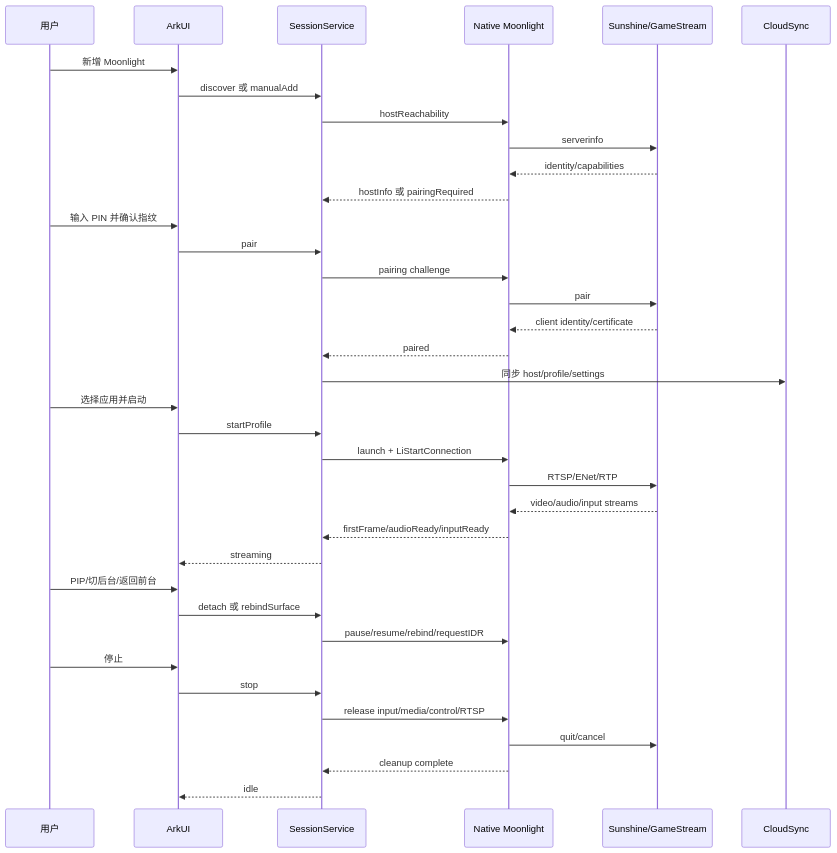
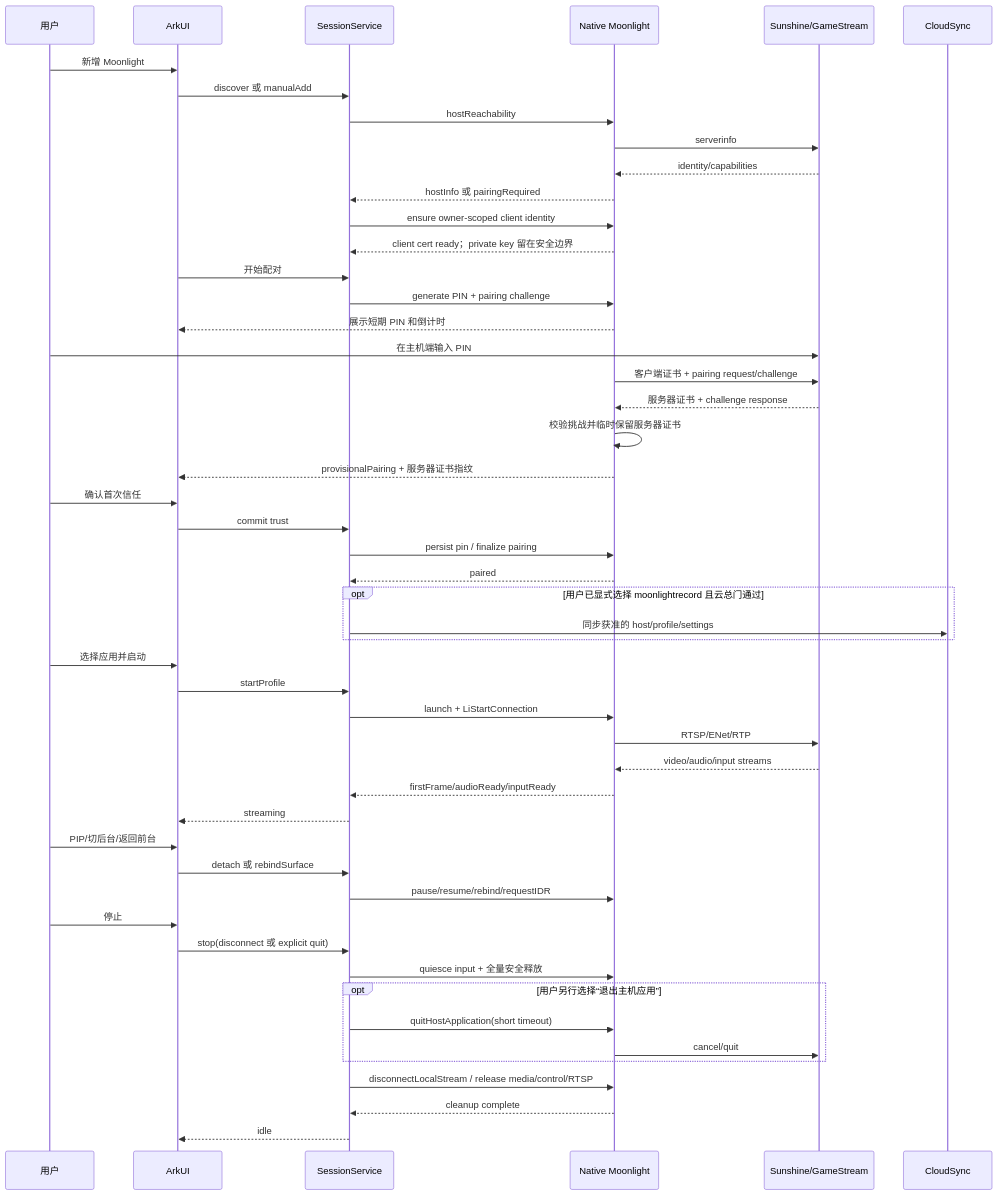
Before and after one commit to Mydstiny/RemoteDeskHarmonyOS: the fourth of 4 diagrams in docs/superpowers/plans/2026-07-28-moonlight-harmonyos-complete-upgrade-plan.md, drawn with Mermaid. The commit also changed other lines of this file and 5 other files, not shown here.

```diff
--- a/docs/superpowers/plans/2026-07-28-moonlight-harmonyos-complete-upgrade-plan.md
+++ b/docs/superpowers/plans/2026-07-28-moonlight-harmonyos-complete-upgrade-plan.md
@@ -891,39 +1421,53 @@
 ~~~mermaid
 sequenceDiagram
   participant U as 用户
   participant A as ArkUI
   participant S as SessionService
   participant N as Native Moonlight
   participant H as Sunshine/GameStream
   participant C as CloudSync
 
   U->>A: 新增 Moonlight
   A->>S: discover 或 manualAdd
   S->>N: hostReachability
   N->>H: serverinfo
   H-->>N: identity/capabilities
   N-->>S: hostInfo 或 pairingRequired
-  U->>A: 输入 PIN 并确认指纹
-  A->>S: pair
-  S->>N: pairing challenge
-  N->>H: pair
-  H-->>N: client identity/certificate
+  S->>N: ensure owner-scoped client identity
+  N-->>S: client cert ready；private key 留在安全边界
+  A->>S: 开始配对
+  S->>N: generate PIN + pairing challenge
+  N-->>A: 展示短期 PIN 和倒计时
+  U->>H: 在主机端输入 PIN
+  N->>H: 客户端证书 + pairing request/challenge
+  H-->>N: 服务器证书 + challenge response
+  N->>N: 校验挑战并临时保留服务器证书
+  N-->>A: provisionalPairing + 服务器证书指纹
+  U->>A: 确认首次信任
+  A->>S: commit trust
+  S->>N: persist pin / finalize pairing
   N-->>S: paired
-  S->>C: 同步 host/profile/settings
+  opt 用户已显式选择 moonlightrecord 且云总门通过
+    S->>C: 同步获准的 host/profile/settings
+  end
   U->>A: 选择应用并启动
   A->>S: startProfile
   S->>N: launch + LiStartConnection
   N->>H: RTSP/ENet/RTP
   H-->>N: video/audio/input streams
   N-->>S: firstFrame/audioReady/inputReady
   S-->>A: streaming
   U->>A: PIP/切后台/返回前台
   A->>S: detach 或 rebindSurface
   S->>N: pause/resume/rebind/requestIDR
   U->>A: 停止
-  A->>S: stop
-  S->>N: release input/media/control/RTSP
-  N->>H: quit/cancel
+  A->>S: stop(disconnect 或 explicit quit)
+  S->>N: quiesce input + 全量安全释放
+  opt 用户另行选择“退出主机应用”
+    S->>N: quitHostApplication(short timeout)
+    N->>H: cancel/quit
+  end
+  S->>N: disconnectLocalStream / release media/control/RTSP
   N-->>S: cleanup complete
   S-->>A: idle
 ~~~
```
